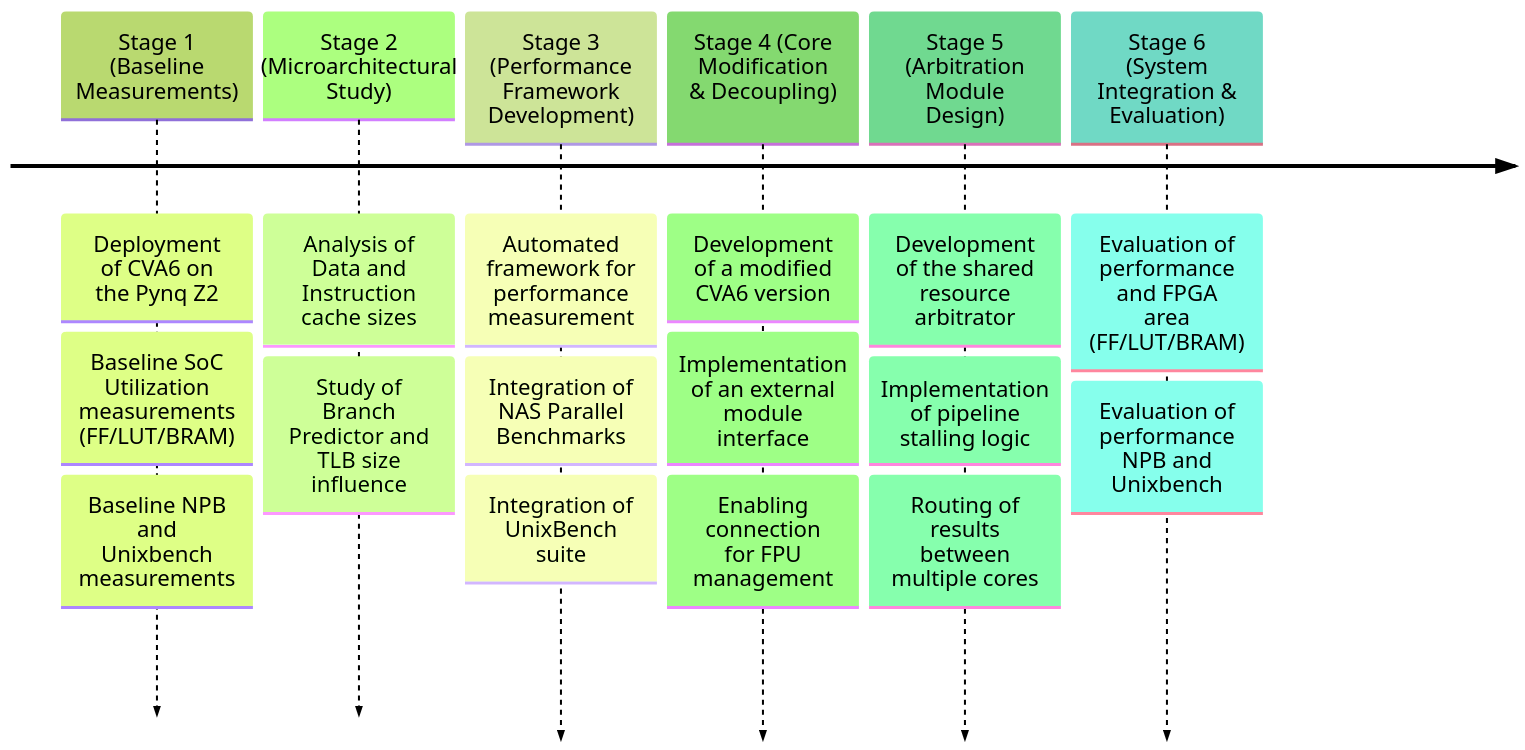
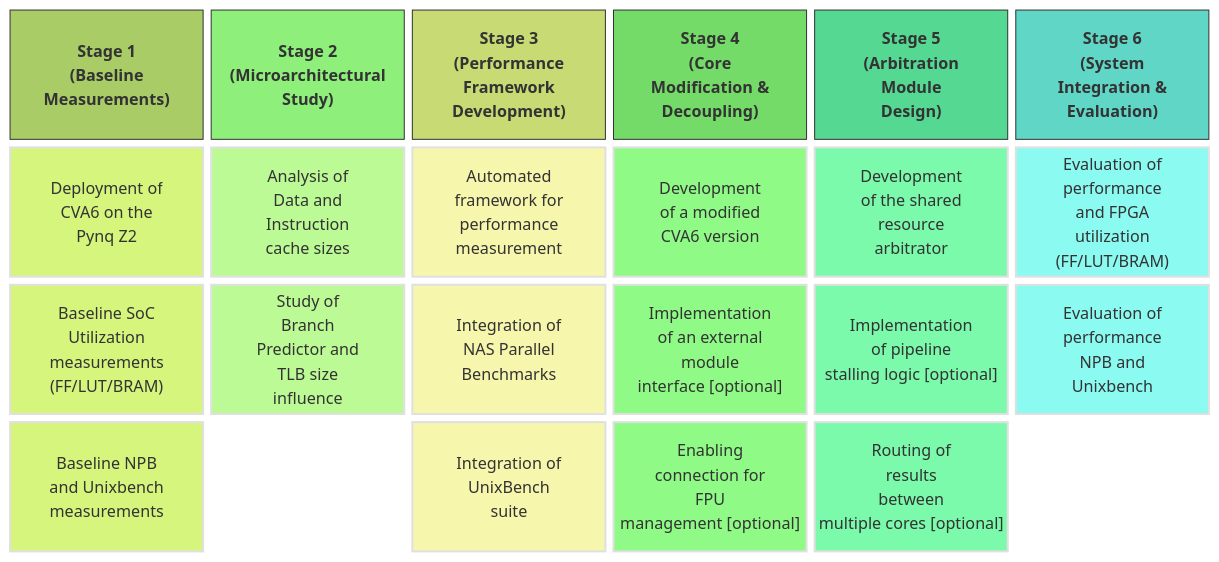
The first of 2 diagrams in presentation/slides.org (hvzzzz/cva6_experiments), drawn with Mermaid before and after one commit. The commit also changed other lines of this file and 28 other files, not shown here.

```diff
--- a/presentation/slides.org
+++ b/presentation/slides.org
@@ -469,22 +427,64 @@
 #+begin_src mermaid :file roadmap.pdf :args --scale 4 --pdfFit --viewportWidth 1600 --viewportHeight 600 --backgroundColor transparent :theme forest :eval never-export
-%%{init: { 
-  'theme': 'forest', 
-  'themeVariables': { 
-    'fontSize': '22px',
-    'sectionFontSize': '24px',
-    'fontFamily': 'arial'
-  },
-  'config': { 
-    'timeline': { 
-      'disableMultiline': false 
-    } 
-  } 
-} }%%
-timeline
-    Stage 1 (Baseline Measurements) : Deployment of CVA6 on the Pynq Z2 : Baseline SoC Utilization measurements (FF/LUT/BRAM) : Baseline NPB and Unixbench measurements
-    Stage 2 (Microarchitectural Study): Analysis of Data and Instruction cache sizes : Study of Branch Predictor and TLB size influence
-    Stage 3 (Performance Framework Development) : Automated framework for performance measurement : Integration of NAS Parallel Benchmarks : Integration of UnixBench suite
-    Stage 4 (Core Modification & Decoupling): Development of a modified CVA6 version : Implementation of an external module interface : Enabling connection for FPU management
-    Stage 5 (Arbitration Module Design): Development of the shared resource arbitrator : Implementation of pipeline stalling logic : Routing of results between multiple cores
-    Stage 6 (System Integration & Evaluation): Evaluation of performance and FPGA area (FF/LUT/BRAM) : Evaluation of performance NPB and Unixbench
-#+end_src
+
+block-beta
+    columns 6
+    
+    %% ROW 1: HEADERS
+    H1["Stage 1<br>(Baseline<br>Measurements)"] 
+    H2["Stage 2<br>(Microarchitectural<br>Study)"] 
+    H3["Stage 3<br>(Performance<br>Framework<br>Development)"] 
+    H4["Stage 4<br>(Core<br>Modification &<br>Decoupling)"] 
+    H5["Stage 5<br>(Arbitration<br>Module<br>Design)"] 
+    H6["Stage 6<br>(System<br>Integration &<br>Evaluation)"]
+    
+    %% ROW 2
+    C1_1["Deployment of<br>CVA6 on the<br>Pynq Z2"] 
+    C2_1["Analysis of<br>Data and<br>Instruction<br>cache sizes"] 
+    C3_1["Automated<br>framework for<br>performance<br>measurement"] 
+    C4_1["Development<br>of a modified<br>CVA6 version"] 
+    C5_1["Development<br>of the shared<br>resource<br>arbitrator"] 
+    C6_1["Evaluation of<br>performance<br>and FPGA<br>utilization<br>(FF/LUT/BRAM)"]
+    
+    %% ROW 3
+    C1_2["Baseline SoC<br>Utilization<br>measurements<br>(FF/LUT/BRAM)"] 
+    C2_2["Study of<br>Branch<br>Predictor and<br>TLB size<br>influence"] 
+    C3_2["Integration of<br>NAS Parallel<br>Benchmarks"] 
+    C4_2["Implementation<br>of an external<br>module<br>interface [optional]"] 
+    C5_2["Implementation<br>of pipeline<br>stalling logic [optional]"] 
+    C6_2["Evaluation of<br>performance<br>NPB and<br>Unixbench"]
+    
+    %% ROW 4 (Using "space" for empty blocks so columns don't collapse)
+    C1_3["Baseline NPB<br>and Unixbench<br>measurements"] 
+    space 
+    C3_3["Integration of<br>UnixBench<br>suite"] 
+    C4_3["Enabling<br>connection for<br>FPU<br>management [optional]"] 
+    C5_3["Routing of<br>results<br>between<br>multiple cores [optional]"] 
+    space
+    
+    %% STYLES
+    classDef head1 fill:#a9cc66,stroke:#333,stroke-width:1px,color:#000,font-weight:bold
+    classDef box1 fill:#d6f57d,stroke:#e0e0e0,stroke-width:2px,color:#000
+    classDef head2 fill:#8ef07a,stroke:#333,stroke-width:1px,color:#000,font-weight:bold
+    classDef box2 fill:#bcfa96,stroke:#e0e0e0,stroke-width:2px,color:#000
+    classDef head3 fill:#c7da73,stroke:#333,stroke-width:1px,color:#000,font-weight:bold
+    classDef box3 fill:#f7f6ad,stroke:#e0e0e0,stroke-width:2px,color:#000
+    classDef head4 fill:#74db69,stroke:#333,stroke-width:1px,color:#000,font-weight:bold
+    classDef box4 fill:#90fa87,stroke:#e0e0e0,stroke-width:2px,color:#000
+    classDef head5 fill:#55d992,stroke:#333,stroke-width:1px,color:#000,font-weight:bold
+    classDef box5 fill:#7afaaa,stroke:#e0e0e0,stroke-width:2px,color:#000
+    classDef head6 fill:#60d6c7,stroke:#333,stroke-width:1px,color:#000,font-weight:bold
+    classDef box6 fill:#8bfaf1,stroke:#e0e0e0,stroke-width:2px,color:#000
+
+    class H1 head1
+    class C1_1,C1_2,C1_3 box1
+    class H2 head2
+    class C2_1,C2_2 box2
+    class H3 head3
+    class C3_1,C3_2,C3_3 box3
+    class H4 head4
+    class C4_1,C4_2,C4_3 box4
+    class H5 head5
+    class C5_1,C5_2,C5_3 box5
+    class H6 head6
+    class C6_1,C6_2 box6
+#+end_src 
```
